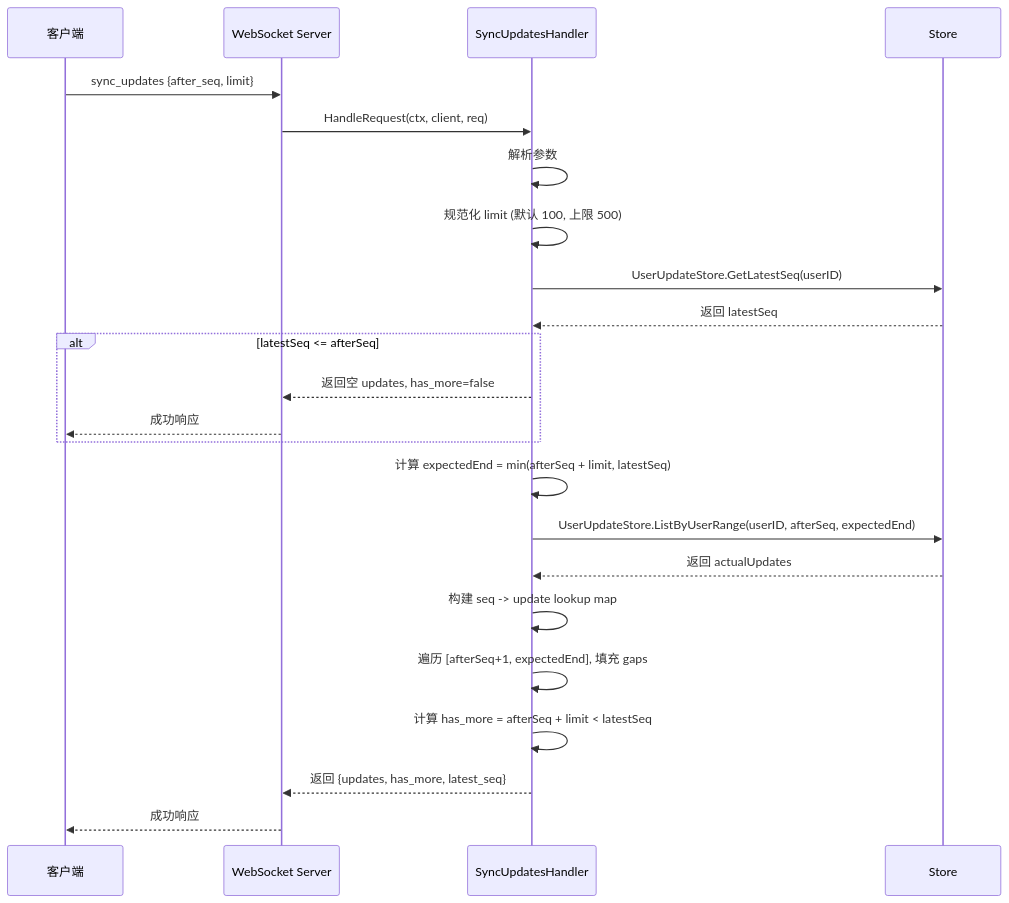
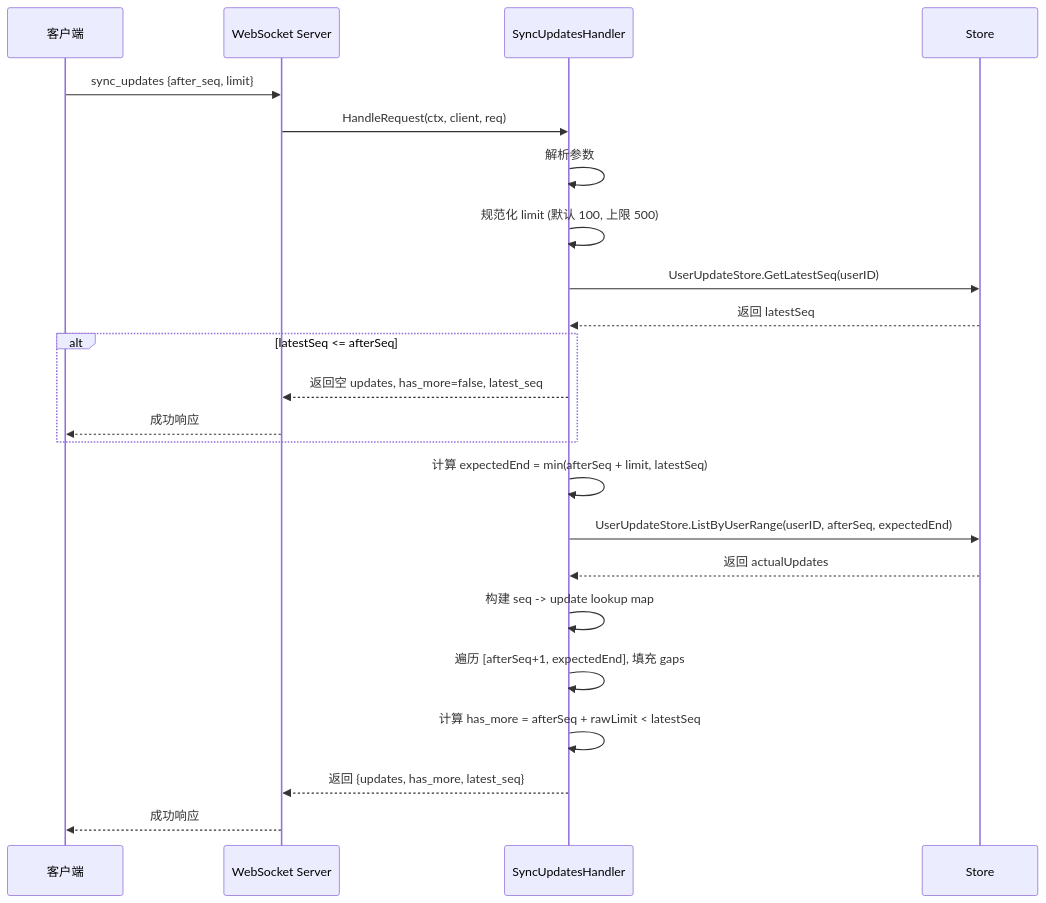
One commit to PineappleBond/xyncra-server changed the first of 12 diagrams in wiki/flows/sync-updates.md. Above: the diagram before and after it, drawn with Mermaid. The commit also changed other lines of this file and 21 other files, not shown here.

````diff
--- a/wiki/flows/sync-updates.md
+++ b/wiki/flows/sync-updates.md
@@ -38,33 +40,33 @@
 ```mermaid
 sequenceDiagram
     participant C as 客户端
     participant WS as WebSocket Server
     participant H as SyncUpdatesHandler
     participant S as Store
 
     C->>WS: sync_updates {after_seq, limit}
     WS->>H: HandleRequest(ctx, client, req)
 
     H->>H: 解析参数
     H->>H: 规范化 limit (默认 100, 上限 500)
 
     H->>S: UserUpdateStore.GetLatestSeq(userID)
     S-->>H: 返回 latestSeq
 
     alt latestSeq <= afterSeq
-        H-->>WS: 返回空 updates, has_more=false
+        H-->>WS: 返回空 updates, has_more=false, latest_seq
         WS-->>C: 成功响应
     end
 
     H->>H: 计算 expectedEnd = min(afterSeq + limit, latestSeq)
     H->>S: UserUpdateStore.ListByUserRange(userID, afterSeq, expectedEnd)
     S-->>H: 返回 actualUpdates
 
     H->>H: 构建 seq -> update lookup map
     H->>H: 遍历 [afterSeq+1, expectedEnd], 填充 gaps
 
-    H->>H: 计算 has_more = afterSeq + limit < latestSeq
+    H->>H: 计算 has_more = afterSeq + rawLimit < latestSeq
 
     H-->>WS: 返回 {updates, has_more, latest_seq}
     WS-->>C: 成功响应
 ```
````
